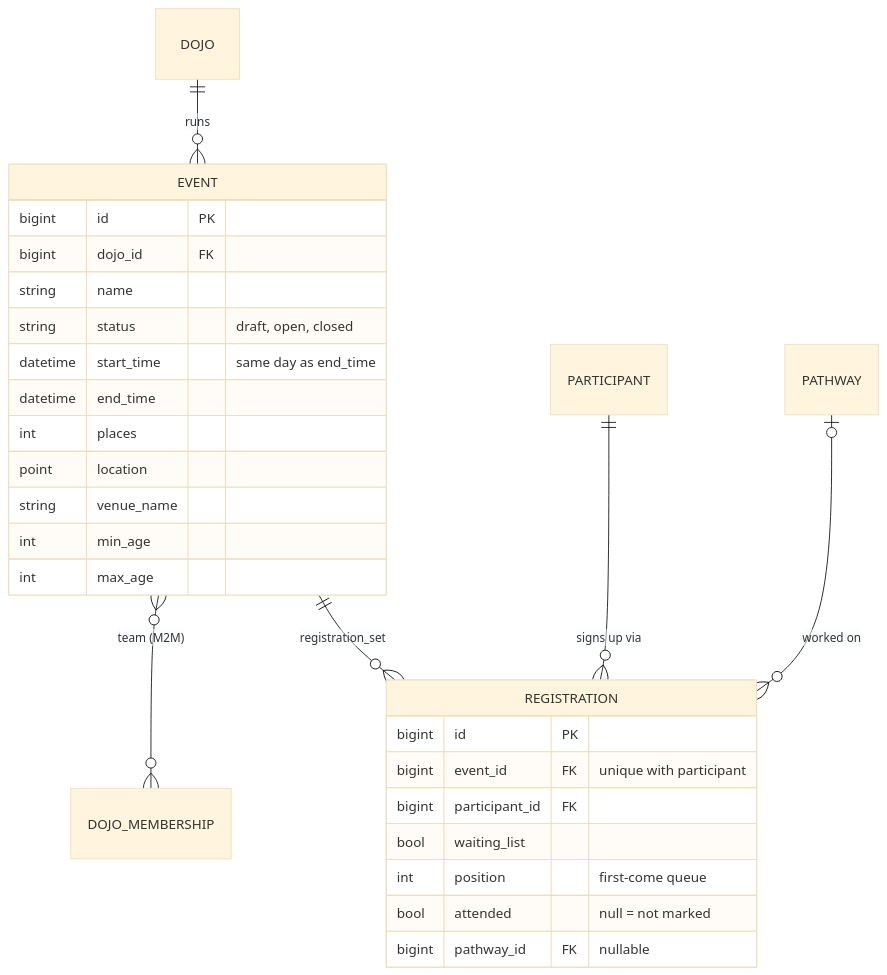
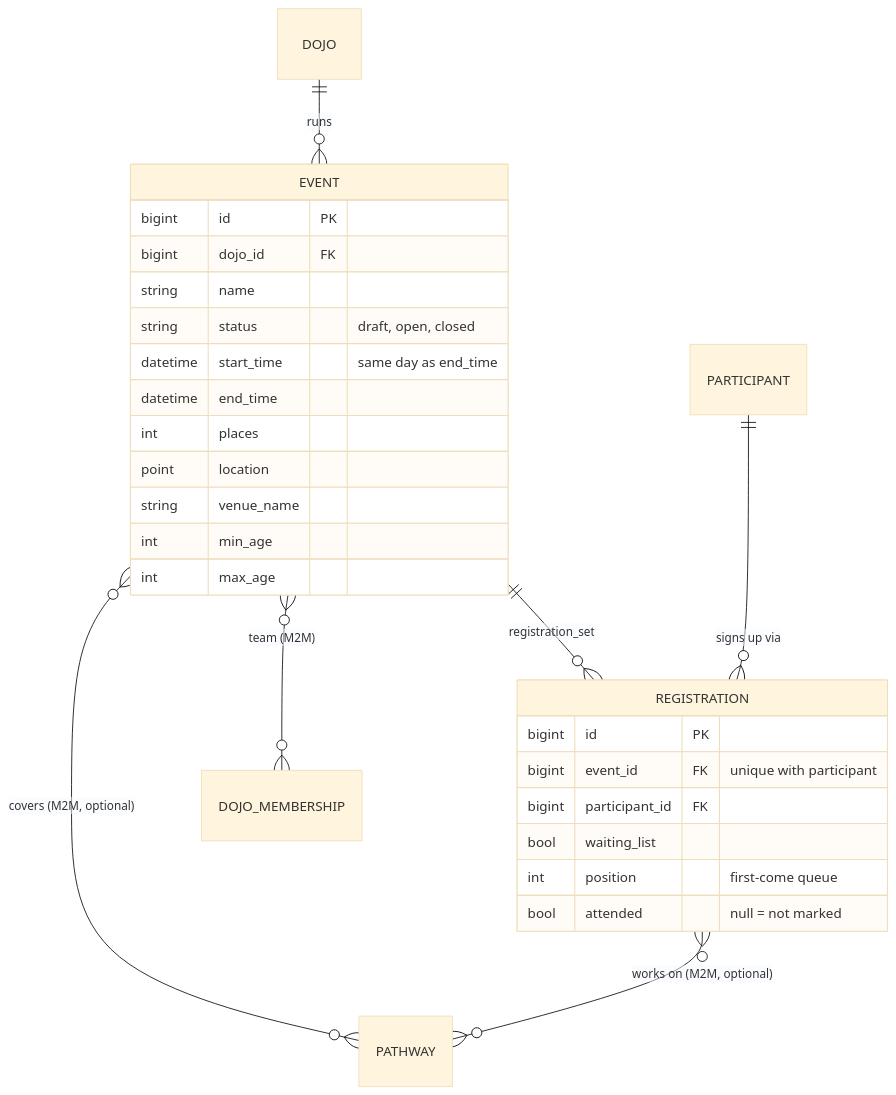
One commit to DoublG/coderdojo-event-registration changed the fifth of 20 diagrams in DATA_MODEL.md. Above: the diagram before and after it, drawn with Mermaid (base theme). The commit also changed other lines of this file and 23 other files, not shown here.

First line of the commit message:
Redesign phase 4: pathways at dojo, event and registration level

````diff
--- a/DATA_MODEL.md
+++ b/DATA_MODEL.md
@@ -242,31 +244,31 @@
 ```mermaid
 erDiagram
     DOJO ||--o{ EVENT : "runs"
     EVENT ||--o{ REGISTRATION : "registration_set"
     PARTICIPANT ||--o{ REGISTRATION : "signs up via"
-    PATHWAY |o--o{ REGISTRATION : "worked on"
+    EVENT }o--o{ PATHWAY : "covers (M2M, optional)"
+    REGISTRATION }o--o{ PATHWAY : "works on (M2M, optional)"
     EVENT }o--o{ DOJO_MEMBERSHIP : "team (M2M)"
 
     EVENT {
         bigint id PK
         bigint dojo_id FK
         string name
         string status "draft, open, closed"
         datetime start_time "same day as end_time"
         datetime end_time
         int places
         point location
         string venue_name
         int min_age
         int max_age
     }
     REGISTRATION {
         bigint id PK
         bigint event_id FK "unique with participant"
         bigint participant_id FK
         bool waiting_list
         int position "first-come queue"
         bool attended "null = not marked"
-        bigint pathway_id FK "nullable"
     }
 ```
````
